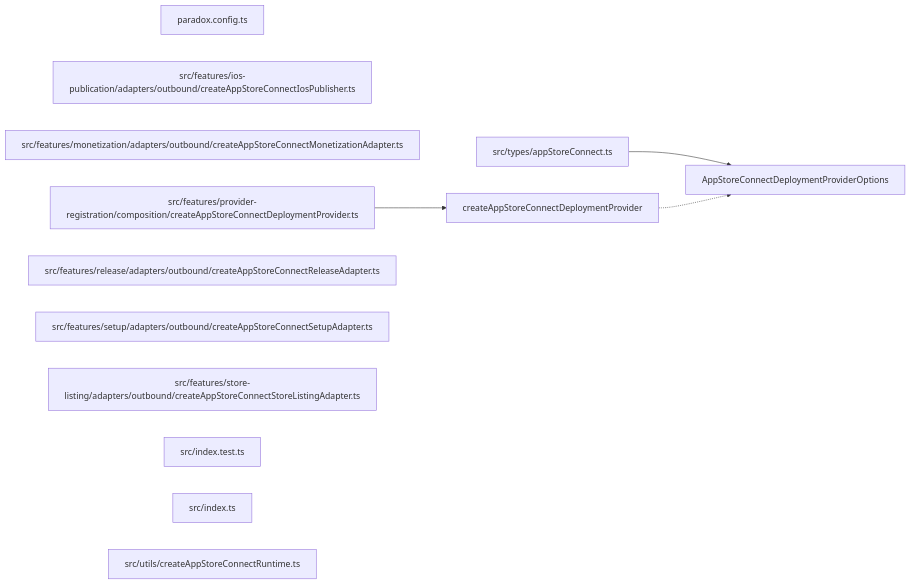
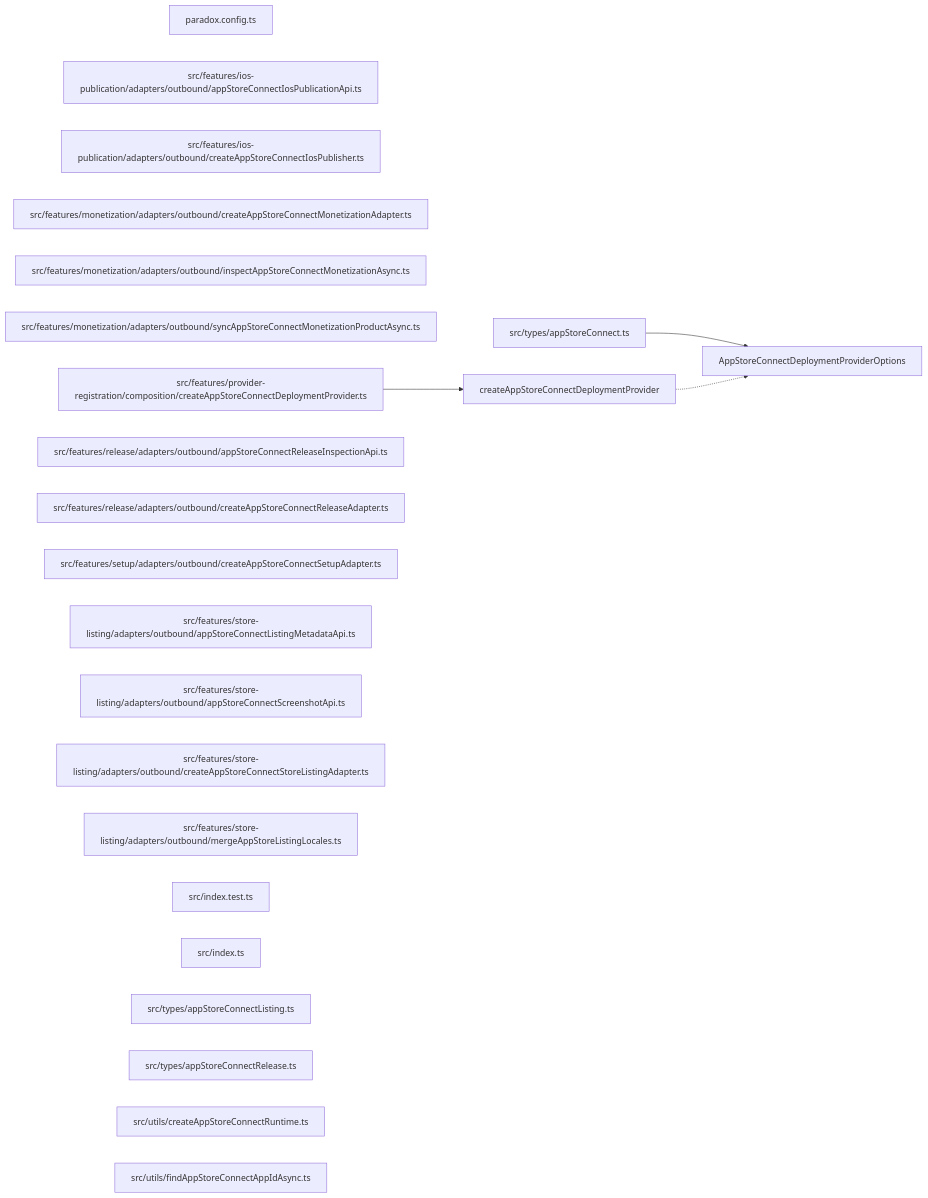
One commit to ankhorage/deploy-provider-app-store-connect changed the diagram in paradox/diagrams/export-graph.mmd. Above: the diagram before and after it, drawn with Mermaid. The commit also changed 14 other files, not shown here.

```diff
--- a/paradox/diagrams/export-graph.mmd
+++ b/paradox/diagrams/export-graph.mmd
@@ -1,17 +1,27 @@
 graph LR
   module_paradox_config_ts["paradox.config.ts"]
+  module_src_features_ios_publication_adapters_outbound_appStoreConnectIosPublicationApi_ts["src/features/ios-publication/adapters/outbound/appStoreConnectIosPublicationApi.ts"]
   module_src_features_ios_publication_adapters_outbound_createAppStoreConnectIosPublisher_ts["src/features/ios-publication/adapters/outbound/createAppStoreConnectIosPublisher.ts"]
   module_src_features_monetization_adapters_outbound_createAppStoreConnectMonetizationAdapter_ts["src/features/monetization/adapters/outbound/createAppStoreConnectMonetizationAdapter.ts"]
+  module_src_features_monetization_adapters_outbound_inspectAppStoreConnectMonetizationAsync_ts["src/features/monetization/adapters/outbound/inspectAppStoreConnectMonetizationAsync.ts"]
+  module_src_features_monetization_adapters_outbound_syncAppStoreConnectMonetizationProductAsync_ts["src/features/monetization/adapters/outbound/syncAppStoreConnectMonetizationProductAsync.ts"]
   module_src_features_provider_registration_composition_createAppStoreConnectDeploymentProvider_ts["src/features/provider-registration/composition/createAppStoreConnectDeploymentProvider.ts"]
+  module_src_features_release_adapters_outbound_appStoreConnectReleaseInspectionApi_ts["src/features/release/adapters/outbound/appStoreConnectReleaseInspectionApi.ts"]
   module_src_features_release_adapters_outbound_createAppStoreConnectReleaseAdapter_ts["src/features/release/adapters/outbound/createAppStoreConnectReleaseAdapter.ts"]
   module_src_features_setup_adapters_outbound_createAppStoreConnectSetupAdapter_ts["src/features/setup/adapters/outbound/createAppStoreConnectSetupAdapter.ts"]
+  module_src_features_store_listing_adapters_outbound_appStoreConnectListingMetadataApi_ts["src/features/store-listing/adapters/outbound/appStoreConnectListingMetadataApi.ts"]
+  module_src_features_store_listing_adapters_outbound_appStoreConnectScreenshotApi_ts["src/features/store-listing/adapters/outbound/appStoreConnectScreenshotApi.ts"]
   module_src_features_store_listing_adapters_outbound_createAppStoreConnectStoreListingAdapter_ts["src/features/store-listing/adapters/outbound/createAppStoreConnectStoreListingAdapter.ts"]
+  module_src_features_store_listing_adapters_outbound_mergeAppStoreListingLocales_ts["src/features/store-listing/adapters/outbound/mergeAppStoreListingLocales.ts"]
   module_src_index_test_ts["src/index.test.ts"]
   module_src_index_ts["src/index.ts"]
   module_src_types_appStoreConnect_ts["src/types/appStoreConnect.ts"]
+  module_src_types_appStoreConnectListing_ts["src/types/appStoreConnectListing.ts"]
+  module_src_types_appStoreConnectRelease_ts["src/types/appStoreConnectRelease.ts"]
   module_src_utils_createAppStoreConnectRuntime_ts["src/utils/createAppStoreConnectRuntime.ts"]
+  module_src_utils_findAppStoreConnectAppIdAsync_ts["src/utils/findAppStoreConnectAppIdAsync.ts"]
   export_AppStoreConnectDeploymentProviderOptions["AppStoreConnectDeploymentProviderOptions"]
   module_src_types_appStoreConnect_ts --> export_AppStoreConnectDeploymentProviderOptions
   export_createAppStoreConnectDeploymentProvider["createAppStoreConnectDeploymentProvider"]
   module_src_features_provider_registration_composition_createAppStoreConnectDeploymentProvider_ts --> export_createAppStoreConnectDeploymentProvider
   export_createAppStoreConnectDeploymentProvider -.-> export_AppStoreConnectDeploymentProviderOptions
```
